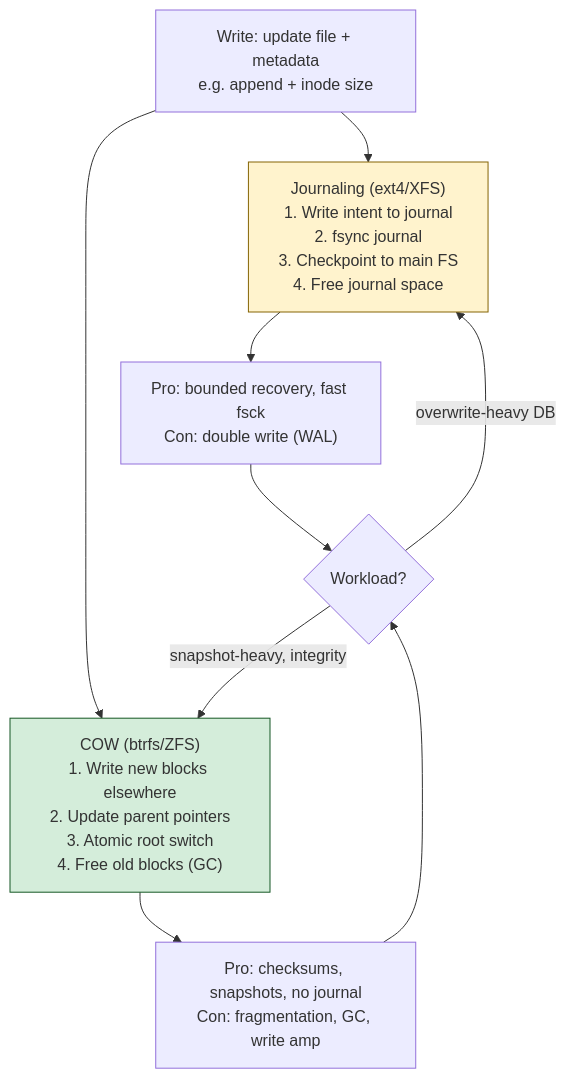
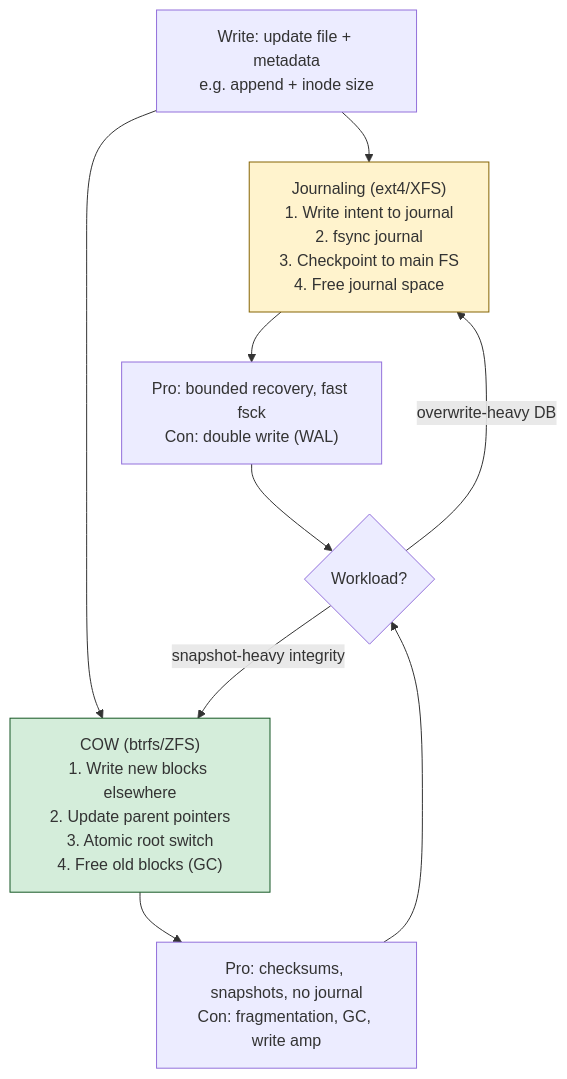
The fifth of 7 diagrams in vol-02-operating-systems-linux/ch06-filesystems-vfs.md (bumbsclaw/textbooks), drawn with Mermaid before and after one commit. The commit also changed other lines of this file and 173 other files, not shown here.

First line of the commit message:
fix(mermaid): close note brackets, semicolons in Notes, stateDiagram br -> dash, edge parens

````diff
--- a/vol-02-operating-systems-linux/ch06-filesystems-vfs.md
+++ b/vol-02-operating-systems-linux/ch06-filesystems-vfs.md
@@ -410,13 +410,13 @@
 ```mermaid
 flowchart TD
     Write["Write: update file + metadata<br/>e.g. append + inode size"] --> Journal["Journaling (ext4/XFS)<br/>1. Write intent to journal<br/>2. fsync journal<br/>3. Checkpoint to main FS<br/>4. Free journal space"]
     Write --> COW["COW (btrfs/ZFS)<br/>1. Write new blocks elsewhere<br/>2. Update parent pointers<br/>3. Atomic root switch<br/>4. Free old blocks (GC)"]
     Journal --> Trade1["Pro: bounded recovery, fast fsck<br/>Con: double write (WAL)"]
     COW --> Trade2["Pro: checksums, snapshots, no journal<br/>Con: fragmentation, GC, write amp"]
     Trade1 --> Choice{"Workload?"}
     Trade2 --> Choice
     Choice -->|"overwrite-heavy DB"| Journal
-    Choice -->|"snapshot-heavy, integrity"| COW
+    Choice -->|"snapshot-heavy integrity"| COW
     style Journal fill:#fff3cd,stroke:#856404
     style COW fill:#d4edda,stroke:#155724
 ```
````
